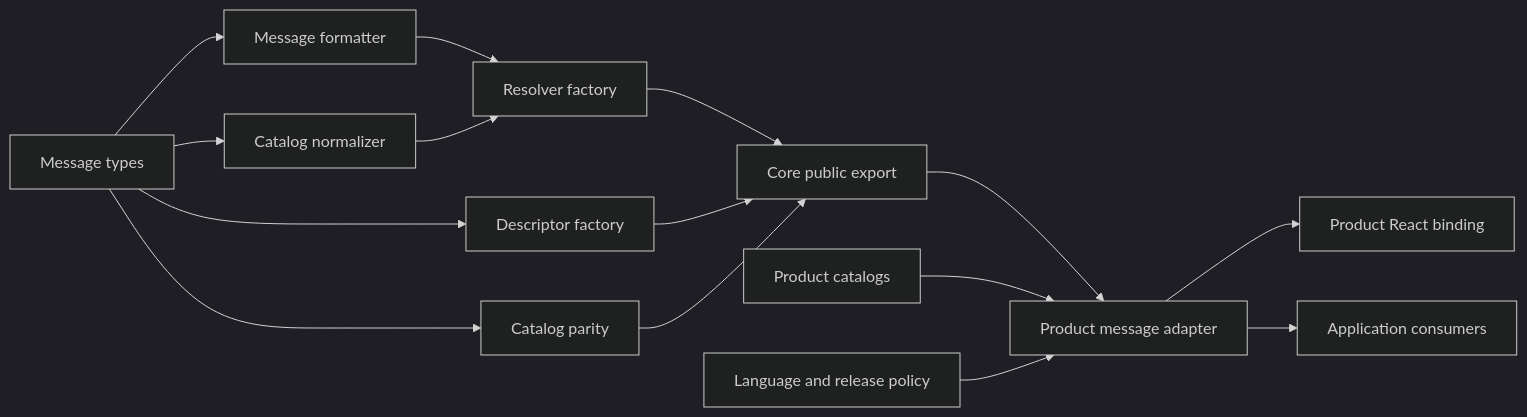
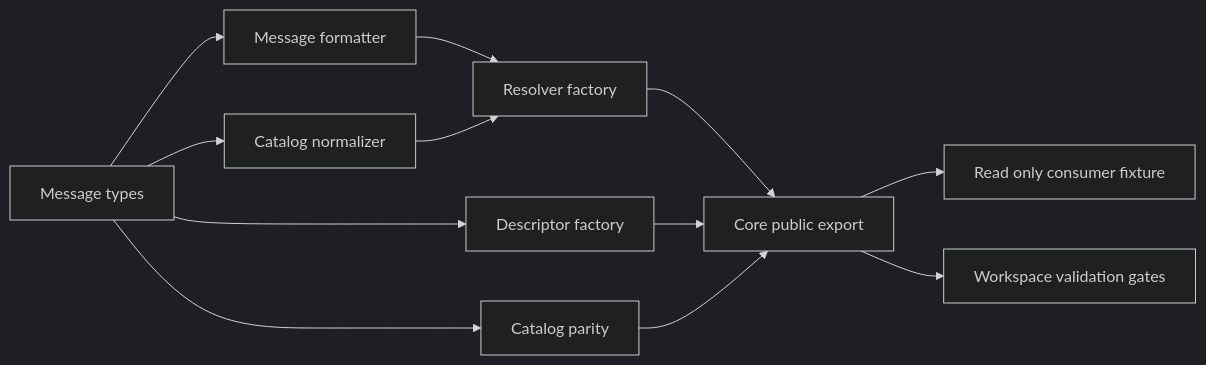
Before and after one commit to Huruikagi/pc-build-planner: the first of 5 diagrams in .kiro/specs/typed-messages-core/design.md, drawn with Mermaid (dark theme). The commit also changed other lines of this file and 85 other files, not shown here.

````diff
--- a/.kiro/specs/typed-messages-core/design.md
+++ b/.kiro/specs/typed-messages-core/design.md
@@ -70,17 +78,14 @@
 ```mermaid
 graph LR
     MessageTypes[Message types] --> Formatter[Message formatter]
     MessageTypes --> Normalizer[Catalog normalizer]
     Formatter --> Resolver[Resolver factory]
     Normalizer --> Resolver
     MessageTypes --> Descriptor[Descriptor factory]
     MessageTypes --> Parity[Catalog parity]
-    CorePublic[Core public export] --> AppAdapter[Product message adapter]
+    CorePublic[Core public export] --> ReadOnlyFixture[Read only consumer fixture]
     Resolver --> CorePublic
     Descriptor --> CorePublic
     Parity --> CorePublic
-    AppCatalog[Product catalogs] --> AppAdapter
-    AppPolicy[Language and release policy] --> AppAdapter
-    AppAdapter --> ReactBinding[Product React binding]
-    AppAdapter --> AppConsumers[Application consumers]
+    CorePublic --> WorkspaceGates[Workspace validation gates]
 ```
````
